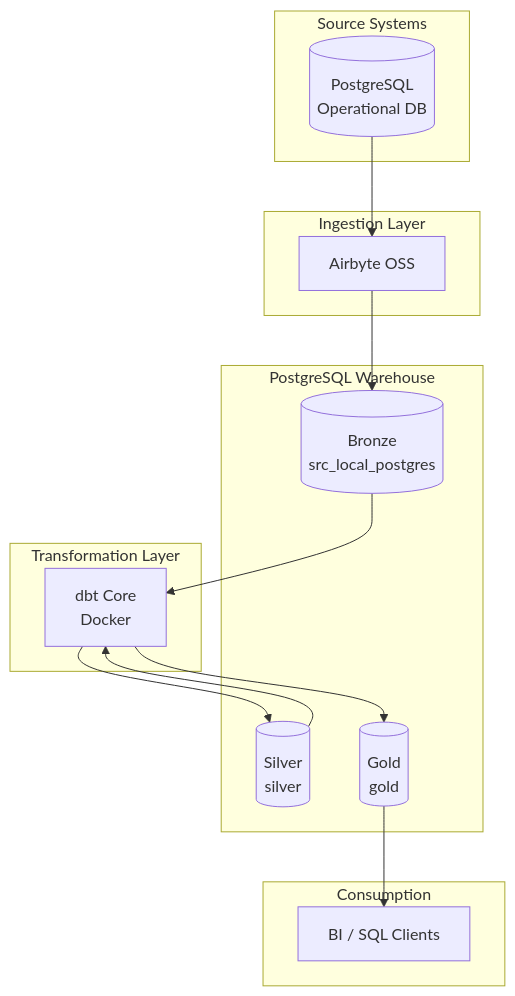
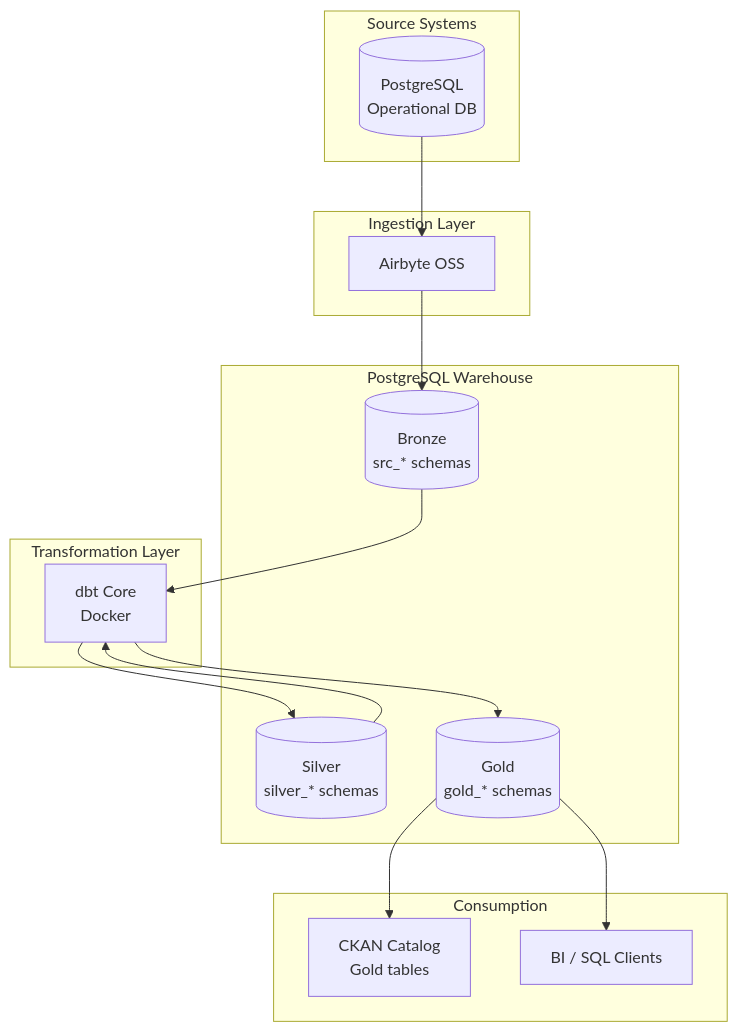
Before and after one commit to RuNoBi/end-to-end-elt-pipeline: the diagram in README.md, drawn with Mermaid. The commit also changed other lines of this file and 5 other files, not shown here.

````diff
--- a/README.md
+++ b/README.md
@@ -24,29 +25,31 @@
 ```mermaid
 flowchart TB
   subgraph sources["Source Systems"]
     SRC[(PostgreSQL<br/>Operational DB)]
   end
 
   subgraph ingest["Ingestion Layer"]
     AB[Airbyte OSS]
   end
 
   subgraph warehouse["PostgreSQL Warehouse"]
-    BRZ[(Bronze<br/>src_local_postgres)]
-    SLV[(Silver<br/>silver)]
-    GLD[(Gold<br/>gold)]
+    BRZ[(Bronze<br/>src_* schemas)]
+    SLV[(Silver<br/>silver_* schemas)]
+    GLD[(Gold<br/>gold_* schemas)]
   end
 
   subgraph transform["Transformation Layer"]
     DBT[dbt Core<br/>Docker]
   end
 
   subgraph consume["Consumption"]
+    CKAN[CKAN Catalog<br/>Gold tables]
     BI[BI / SQL Clients]
   end
 
   SRC --> AB --> BRZ
   BRZ --> DBT --> SLV
   SLV --> DBT --> GLD
+  GLD --> CKAN
   GLD --> BI
 ```
````
